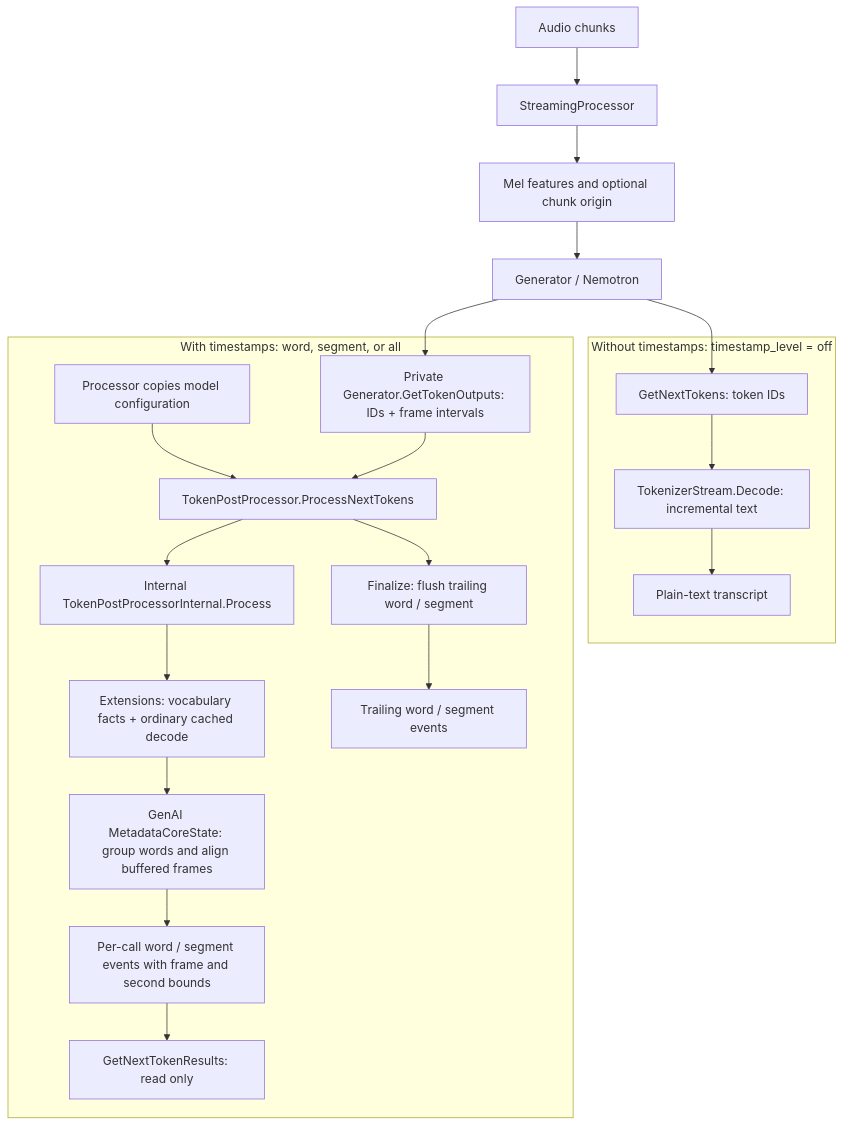
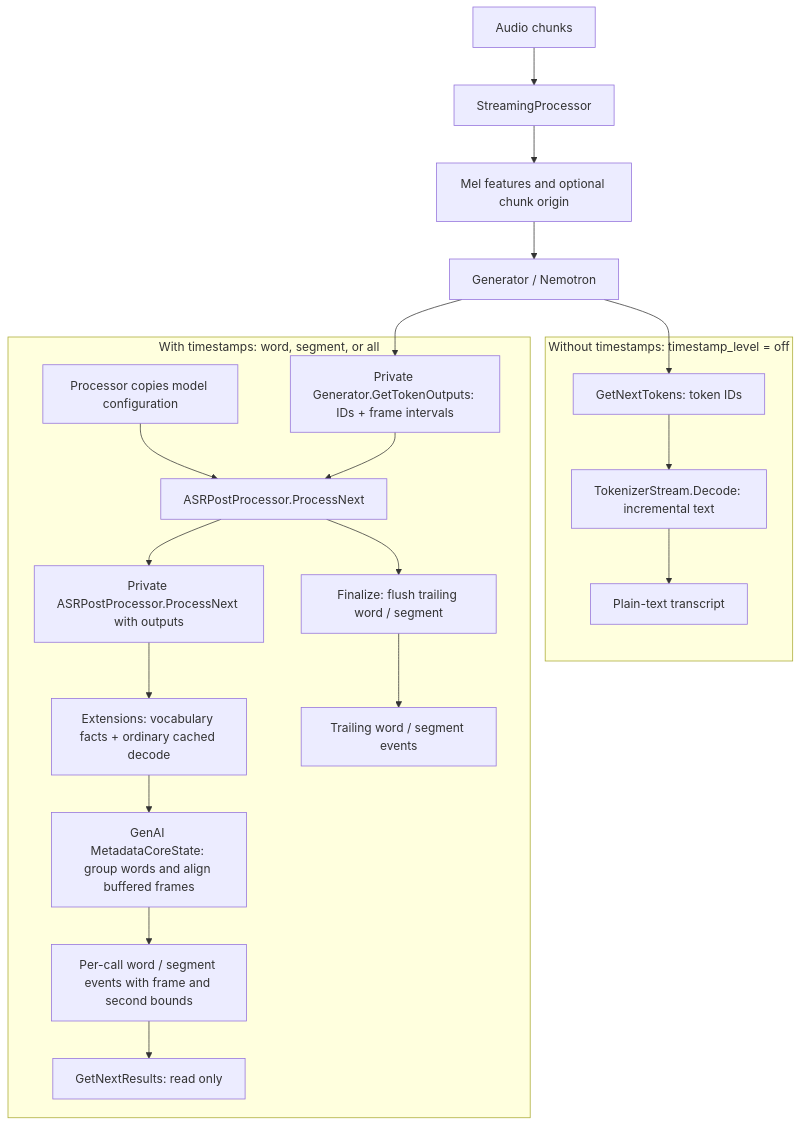
Before and after one commit to microsoft/onnxruntime-genai: the diagram in docs/nemotron_speech_timestamps.md, drawn with Mermaid. The commit also changed other lines of this file and 27 other files, not shown here.

````diff
--- a/docs/nemotron_speech_timestamps.md
+++ b/docs/nemotron_speech_timestamps.md
@@ -53,26 +54,26 @@
 ```mermaid
 flowchart TB
   audio[Audio chunks] --> processor[StreamingProcessor]
   processor --> features[Mel features and optional chunk origin]
   features --> generator[Generator / Nemotron]
 
   subgraph plain[Without timestamps: timestamp_level = off]
     ids[GetNextTokens: token IDs] --> decode[TokenizerStream.Decode: incremental text]
     decode --> transcript[Plain-text transcript]
   end
 
   subgraph timed[With timestamps: word, segment, or all]
     setup[Processor copies model configuration] --> stream
-    timed_tokens[Private Generator.GetTokenOutputs: IDs + frame intervals] --> stream[TokenPostProcessor.ProcessNextTokens]
-    stream --> internal[Internal TokenPostProcessorInternal.Process]
+    timed_tokens[Private Generator.GetTokenOutputs: IDs + frame intervals] --> stream[ASRPostProcessor.ProcessNext]
+    stream --> internal[Private ASRPostProcessor.ProcessNext with outputs]
     internal --> ortx[Extensions: vocabulary facts + ordinary cached decode]
     ortx --> align[GenAI MetadataCoreState: group words and align buffered frames]
     align --> events[Per-call word / segment events with frame and second bounds]
-    events --> read[GetNextTokenResults: read only]
+    events --> read[GetNextResults: read only]
     stream --> final[Finalize: flush trailing word / segment]
     final --> trailing[Trailing word / segment events]
   end
 
   generator --> ids
   generator --> timed_tokens
 ```
````
